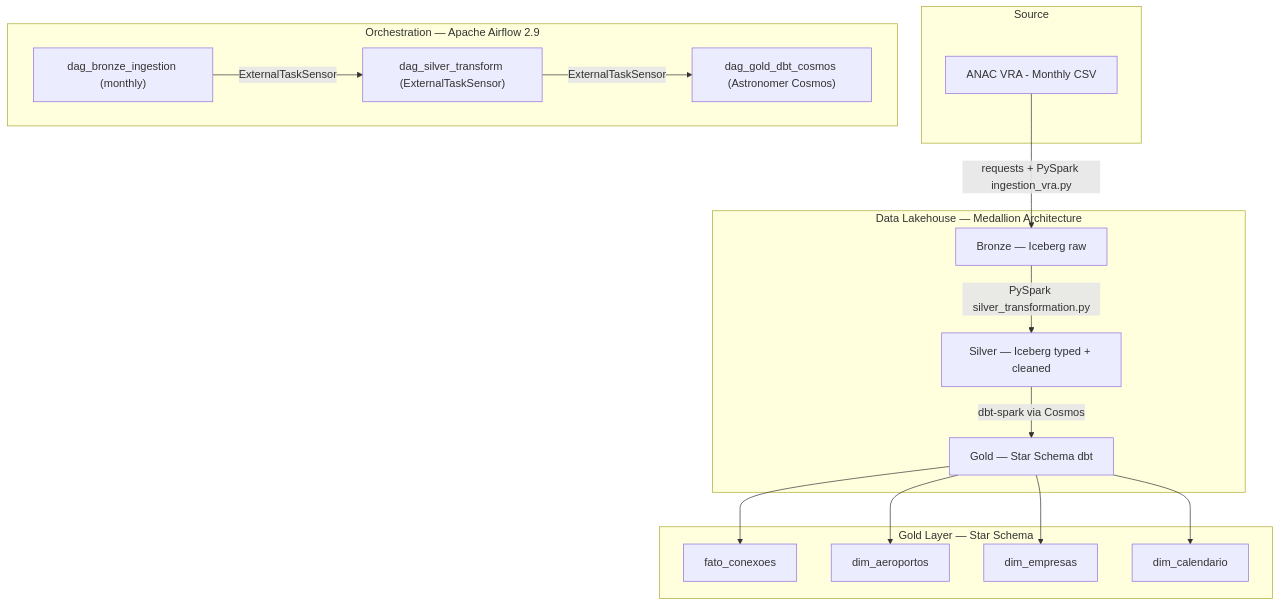
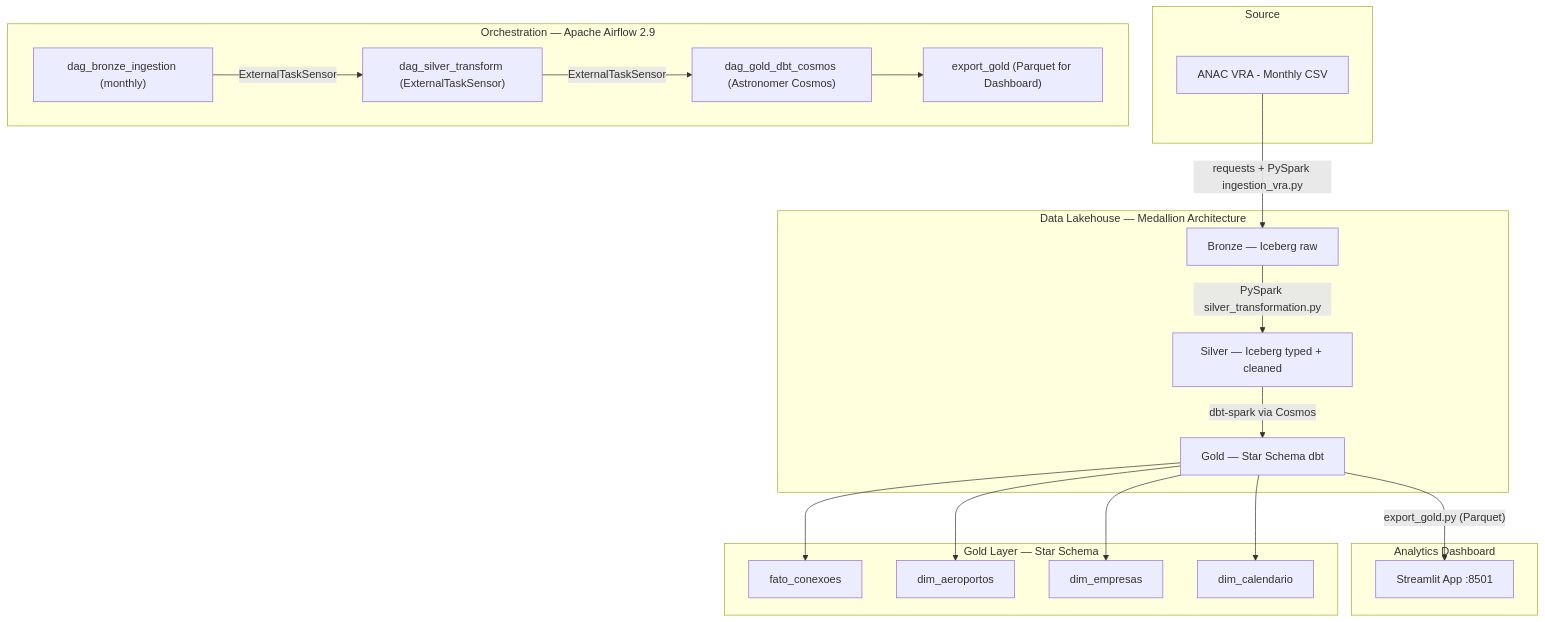
The diagram in readme.md (Pacodeoliv/gru-connect-analytics), drawn with Mermaid before and after one commit. The commit also changed other lines of this file and 6 other files, not shown here.

````diff
--- a/readme.md
+++ b/readme.md
@@ -29,35 +34,42 @@
 ```mermaid
 graph TD
     subgraph Source
         ANAC["ANAC VRA - Monthly CSV"]
     end
 
     subgraph Airflow["Orchestration — Apache Airflow 2.9"]
         DAG_B["dag_bronze_ingestion (monthly)"]
         DAG_S["dag_silver_transform (ExternalTaskSensor)"]
         DAG_G["dag_gold_dbt_cosmos (Astronomer Cosmos)"]
+        DAG_E["export_gold (Parquet for Dashboard)"]
         DAG_B -->|ExternalTaskSensor| DAG_S
         DAG_S -->|ExternalTaskSensor| DAG_G
+        DAG_G --> DAG_E
     end
 
     subgraph Lakehouse["Data Lakehouse — Medallion Architecture"]
         BRONZE["Bronze — Iceberg raw"]
         SILVER["Silver — Iceberg typed + cleaned"]
         GOLD["Gold — Star Schema dbt"]
         BRONZE -->|"PySpark silver_transformation.py"| SILVER
         SILVER -->|"dbt-spark via Cosmos"| GOLD
+    end
+
+    subgraph Dashboard["Analytics Dashboard"]
+        ST["Streamlit App :8501"]
+        GOLD -->|"export_gold.py (Parquet)"| ST
     end
 
     subgraph Gold_Tables["Gold Layer — Star Schema"]
         FATO["fato_conexoes"]
         D1["dim_aeroportos"]
         D2["dim_empresas"]
         D3["dim_calendario"]
         GOLD --> FATO
         GOLD --> D1
         GOLD --> D2
         GOLD --> D3
     end
 
     ANAC -->|"requests + PySpark ingestion_vra.py"| BRONZE
 ```
````
